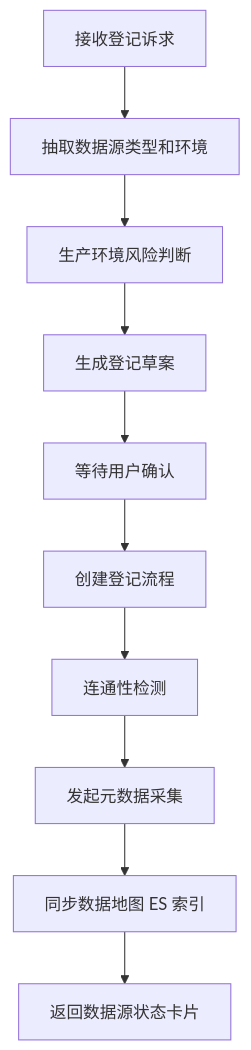
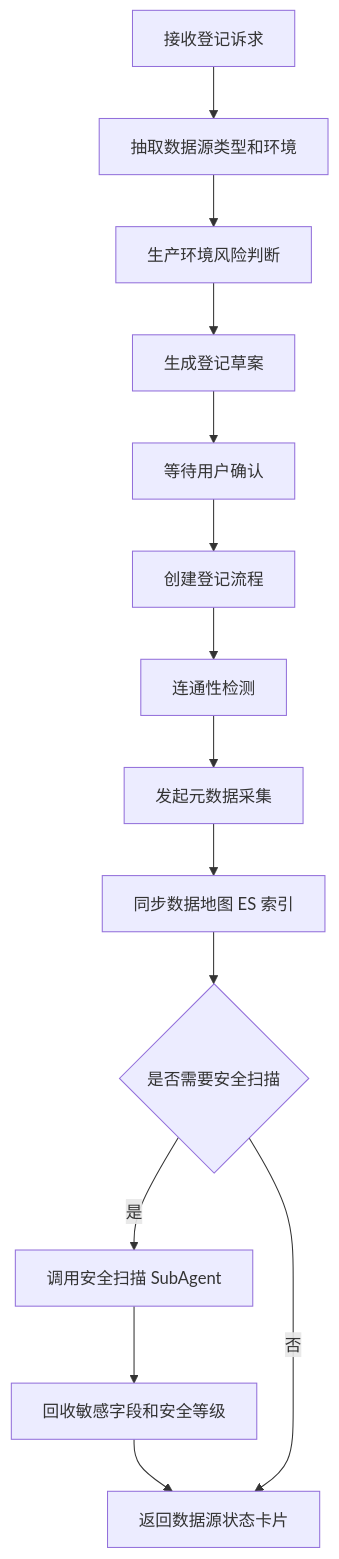
One commit to ShaneLiu001/dataasset changed the diagram in 数据资产助手/92-附录-数据资产助手子Agent功能设计/02_数据源SubAgent功能设计.md. Above: the diagram before and after it, drawn with Mermaid. The commit also changed other lines of this file and 60 other files, not shown here.

````diff
--- a/数据资产助手/92-附录-数据资产助手子Agent功能设计/02_数据源SubAgent功能设计.md
+++ b/数据资产助手/92-附录-数据资产助手子Agent功能设计/02_数据源SubAgent功能设计.md
@@ -71,12 +77,16 @@
 ```mermaid
 flowchart TB
   Start[接收登记诉求] --> Extract[抽取数据源类型和环境]
   Extract --> Risk[生产环境风险判断]
   Risk --> Draft[生成登记草案]
   Draft --> Confirm[等待用户确认]
   Confirm --> Register[创建登记流程]
   Register --> Connectivity[连通性检测]
   Connectivity --> Collect[发起元数据采集]
   Collect --> SyncES[同步数据地图 ES 索引]
-  SyncES --> Output[返回数据源状态卡片]
+  SyncES --> NeedScan{是否需要安全扫描}
+  NeedScan -- 是 --> SecurityAgent[调用安全扫描 SubAgent]
+  SecurityAgent --> ScanResult[回收敏感字段和安全等级]
+  ScanResult --> Output[返回数据源状态卡片]
+  NeedScan -- 否 --> Output
 ```
````
